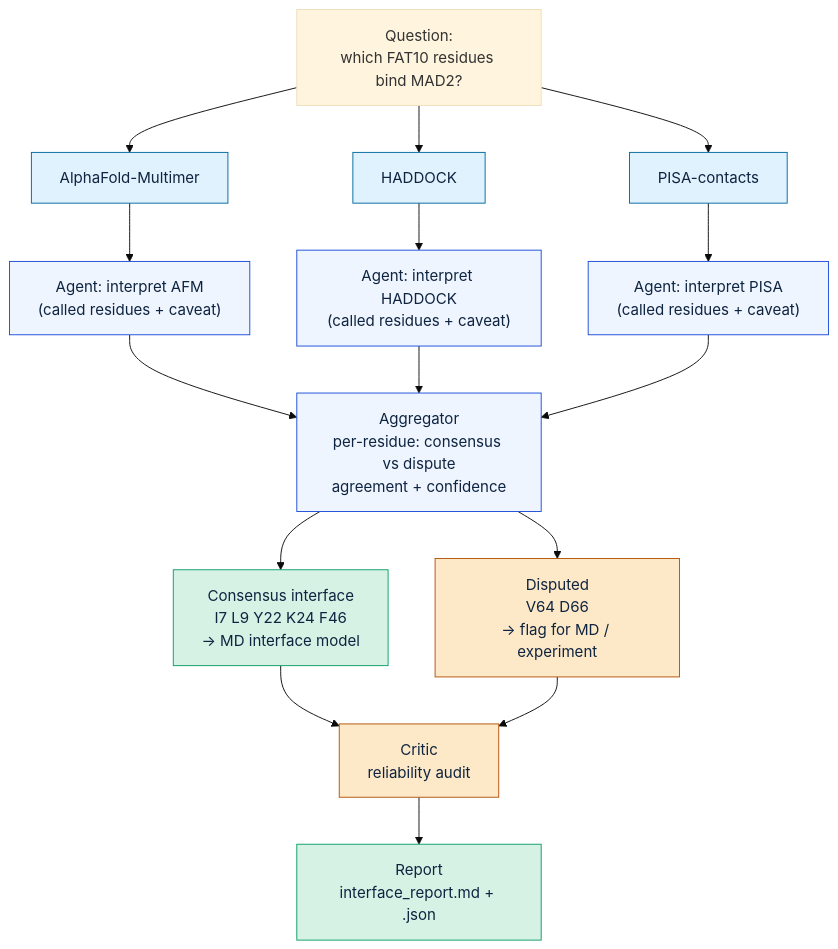
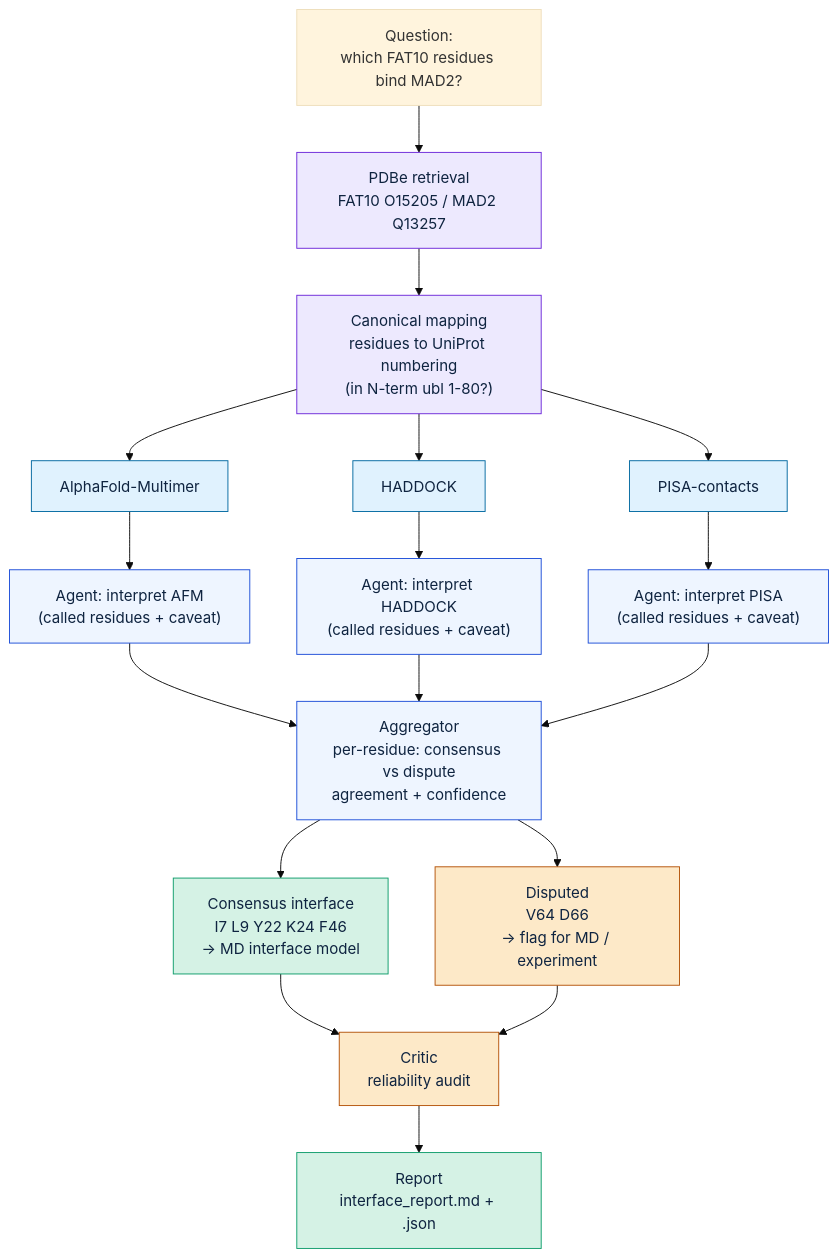
One commit to TLDDODO/sv-agent-poc changed the diagram in FLOW.md. Above: the diagram before and after it, drawn with Mermaid (base theme). The commit also changed 4 other files, not shown here.

First line of the commit message:
Wire PDBe retrieval + canonical mapping into FAT10 interface flow

````diff
--- a/FLOW.md
+++ b/FLOW.md
@@ -7,32 +7,37 @@
 ```mermaid
 flowchart TD
     Q["Question:<br/>which FAT10 residues bind MAD2?"]
 
-    Q --> T1["AlphaFold-Multimer"]
-    Q --> T2["HADDOCK"]
-    Q --> T3["PISA-contacts"]
+    Q --> PDBE["PDBe retrieval<br/>FAT10 O15205 / MAD2 Q13257"]
+    PDBE --> MAP["Canonical mapping<br/>residues to UniProt numbering<br/>(in N-term ubl 1-80?)"]
+
+    MAP --> T1["AlphaFold-Multimer"]
+    MAP --> T2["HADDOCK"]
+    MAP --> T3["PISA-contacts"]
 
     T1 --> A1["Agent: interpret AFM<br/>(called residues + caveat)"]
     T2 --> A2["Agent: interpret HADDOCK<br/>(called residues + caveat)"]
     T3 --> A3["Agent: interpret PISA<br/>(called residues + caveat)"]
 
     A1 --> AGG["Aggregator<br/>per-residue: consensus vs dispute<br/>agreement + confidence"]
     A2 --> AGG
     A3 --> AGG
 
     AGG --> CON["Consensus interface<br/>I7 L9 Y22 K24 F46<br/>→ MD interface model"]
     AGG --> DIS["Disputed<br/>V64 D66<br/>→ flag for MD / experiment"]
 
     CON --> CRIT["Critic<br/>reliability audit"]
     DIS --> CRIT
     CRIT --> REP["Report<br/>interface_report.md + .json"]
 
+    classDef src fill:#ede9fe,stroke:#6d28d9,color:#0f2440;
     classDef tool fill:#e0f2fe,stroke:#0369a1,color:#0f2440;
     classDef agent fill:#eef5ff,stroke:#1d4ed8,color:#0f2440;
     classDef good fill:#d5f2e5,stroke:#0f9d6b,color:#0f2440;
     classDef warn fill:#fde9c8,stroke:#b45309,color:#0f2440;
+    class PDBE,MAP src;
     class T1,T2,T3 tool;
     class A1,A2,A3,AGG agent;
     class CON,REP good;
     class DIS,CRIT warn;
 ```
````
